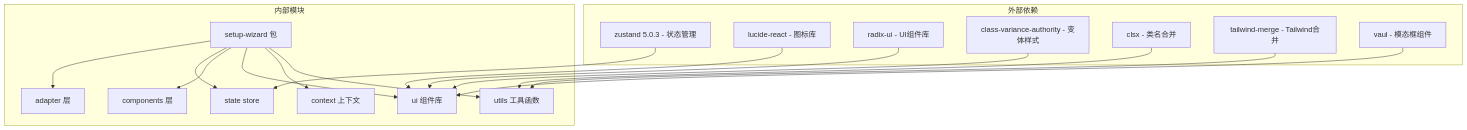
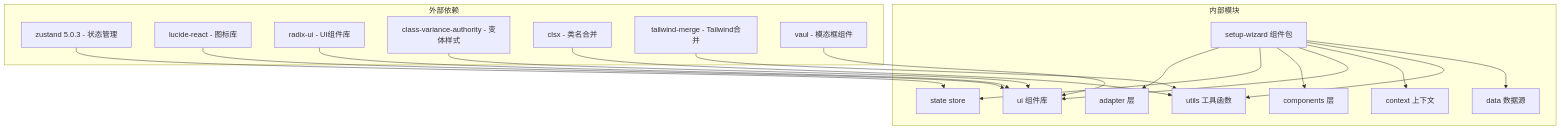
One commit to verse-ai-org/openclaw changed the eighth of 8 diagrams in .qoder/repowiki/zh/content/开发者指南/设置向导系统.md. Above: the diagram before and after it, drawn with Mermaid. The commit also changed other lines of this file and 34 other files, not shown here.

````diff
--- a/.qoder/repowiki/zh/content/开发者指南/设置向导系统.md
+++ b/.qoder/repowiki/zh/content/开发者指南/设置向导系统.md
@@ -378,34 +407,36 @@
 ```mermaid
 graph TB
 subgraph "外部依赖"
 A[zustand 5.0.3 - 状态管理]
 B[lucide-react - 图标库]
 C[radix-ui - UI组件库]
 D[class-variance-authority - 变体样式]
 E[clsx - 类名合并]
 F[tailwind-merge - Tailwind合并]
 G[vaul - 模态框组件]
 end
 subgraph "内部模块"
-H[setup-wizard 包]
+H[setup-wizard 组件包]
 I[adapter 层]
 J[state store]
 K[components 层]
 L[ui 组件库]
 M[context 上下文]
 N[utils 工具函数]
+O[data 数据源]
 end
 A --> J
 B --> L
 C --> L
 D --> L
 E --> N
 F --> N
 G --> L
 H --> I
 H --> J
 H --> K
 H --> L
 H --> M
 H --> N
+H --> O
 ```
````
